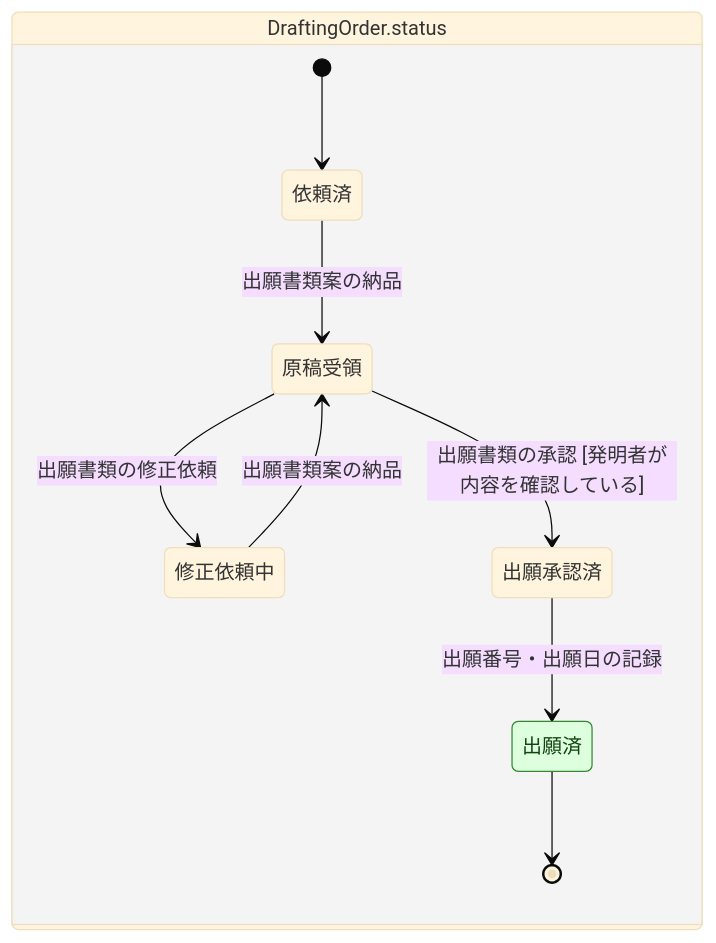
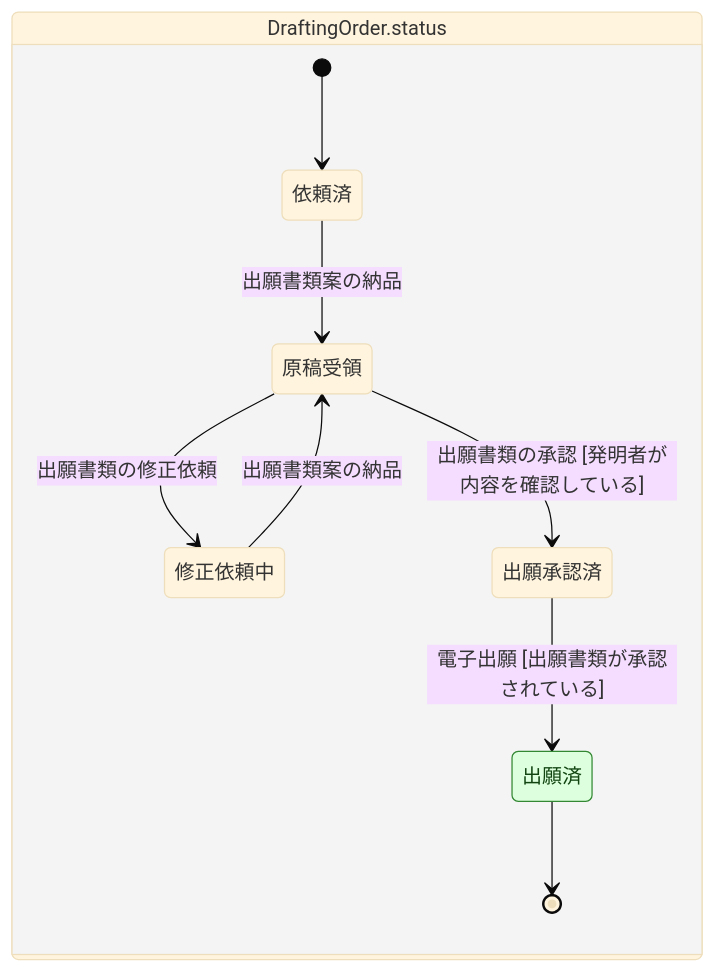
One commit to manji-0/rdra-ish-dsl changed the diagram in samples/patent-ops/out/state/DraftingOrder.mmd. Above: the diagram before and after it, drawn with Mermaid (base theme). The commit also changed 19 other files, not shown here.

```diff
--- a/samples/patent-ops/out/state/DraftingOrder.mmd
+++ b/samples/patent-ops/out/state/DraftingOrder.mmd
@@ -1,26 +1,26 @@
 %% rdra-ish diagram=state scope=entity:DraftingOrder model=samples/patent-ops
 %% kinds: statemodel state usecase
 %% omitted: (none)
 %% legend: stateunreachable = no reachable state holds it, statedeadlock = an instance cannot leave it, stateend = no transition out
 stateDiagram-v2
   state "DraftingOrder.status" as statemodel__DraftingOrder_status {
     [*] --> state__DraftingOrder_requested
     state "依頼済" as state__DraftingOrder_requested
     state "原稿受領" as state__DraftingOrder_drafted
     state "修正依頼中" as state__DraftingOrder_revising
     state "出願承認済" as state__DraftingOrder_approved
     state "出願済" as state__DraftingOrder_filed
     %% transition usecase__SubmitDraft
     state__DraftingOrder_requested --> state__DraftingOrder_drafted : 出願書類案の納品
     %% transition usecase__RequestDraftRevision
     state__DraftingOrder_drafted --> state__DraftingOrder_revising : 出願書類の修正依頼
     %% transition usecase__ApproveDraft
     state__DraftingOrder_drafted --> state__DraftingOrder_approved : 出願書類の承認 [発明者が内容を確認している]
     %% transition usecase__SubmitDraft
     state__DraftingOrder_revising --> state__DraftingOrder_drafted : 出願書類案の納品
-    %% transition usecase__RecordFilingReceipt
-    state__DraftingOrder_approved --> state__DraftingOrder_filed : 出願番号・出願日の記録
+    %% transition usecase__FileApplication
+    state__DraftingOrder_approved --> state__DraftingOrder_filed : 電子出願 [出願書類が承認されている]
     state__DraftingOrder_filed --> [*]
   }
   classDef stateend fill:#dfd,stroke:#383,color:#141
   class state__DraftingOrder_filed stateend
```
